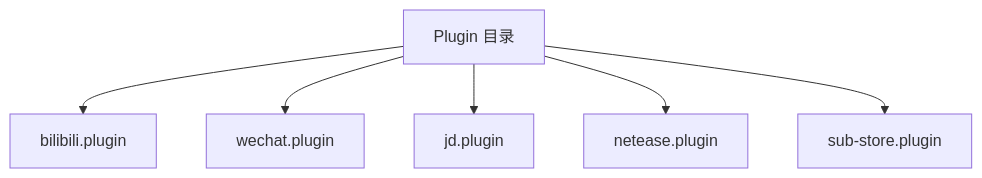
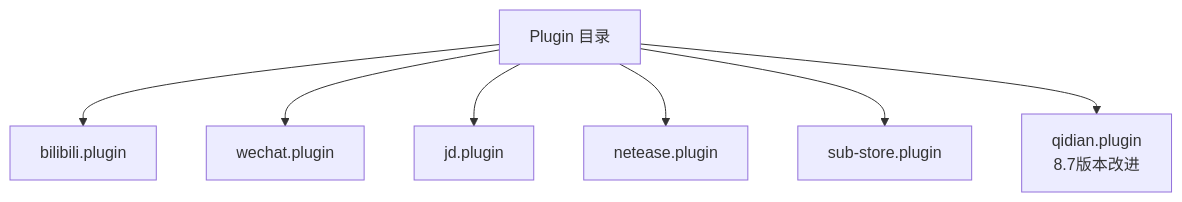
The sixth of 8 diagrams in .qoder/repowiki/zh/content/项目概览/v8.x版本文档.md (3kaiu/config), drawn with Mermaid before and after one commit. The commit also changed other lines of this file and 179 other files, not shown here.

````diff
--- a/.qoder/repowiki/zh/content/项目概览/v8.x版本文档.md
+++ b/.qoder/repowiki/zh/content/项目概览/v8.x版本文档.md
@@ -358,8 +372,9 @@
 ```mermaid
 graph TB
 P["Plugin 目录"] --> PB["bilibili.plugin"]
 P --> PW["wechat.plugin"]
 P --> PJ["jd.plugin"]
 P --> PN["netease.plugin"]
 P --> PS["sub-store.plugin"]
+P --> PQ["qidian.plugin<br/>8.7版本改进"]
 ```
````
